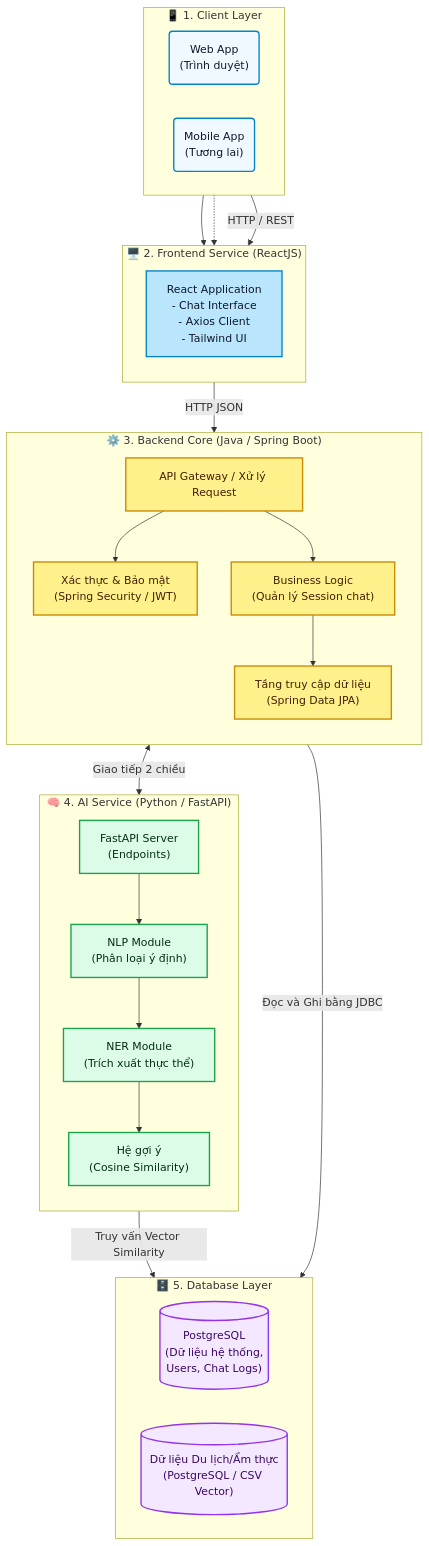
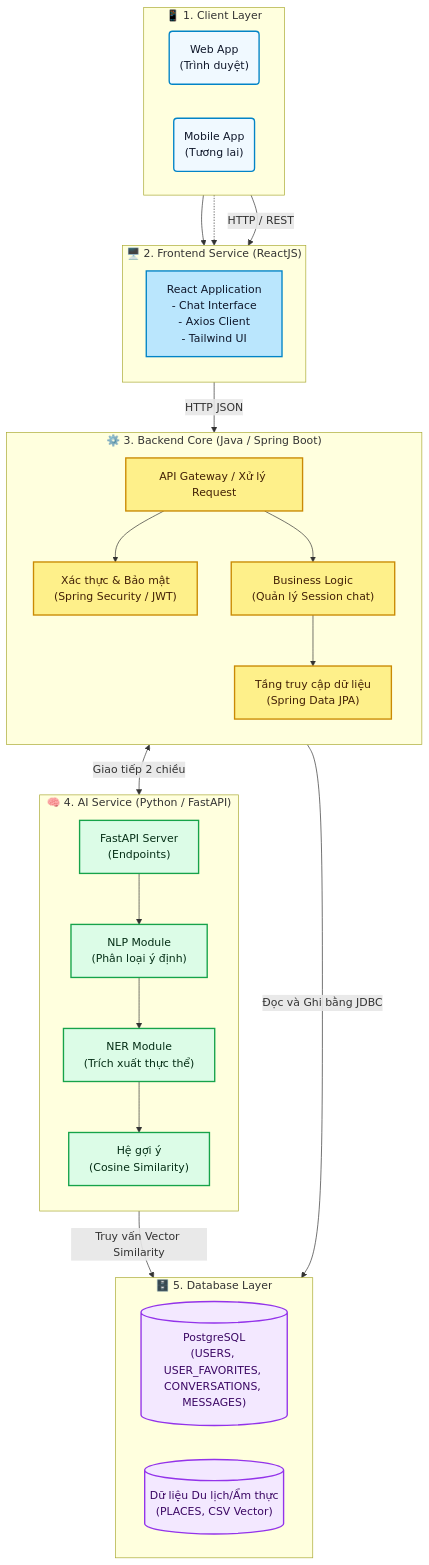
Before and after one commit to TienDat11102k5/Chatbot_AmThuc_Dulich: the diagram in docs/1_System_Architecture.md, drawn with Mermaid. The commit also changed 4 other files, not shown here.

````diff
--- a/docs/1_System_Architecture.md
+++ b/docs/1_System_Architecture.md
@@ -5,67 +5,67 @@
 ```mermaid
 flowchart TB
     %% Styling
     classDef client fill:#f0f9ff,stroke:#0284c7,stroke-width:2px,color:#0f172a
     classDef frontend fill:#bae6fd,stroke:#0284c7,stroke-width:2px,color:#0f172a
     classDef backend fill:#fef08a,stroke:#ca8a04,stroke-width:2px,color:#422006
     classDef ai fill:#dcfce7,stroke:#16a34a,stroke-width:2px,color:#052e16
     classDef db fill:#f3e8ff,stroke:#9333ea,stroke-width:2px,color:#3b0764
 
     %% Clients Layer
     subgraph Clients["📱 1. Client Layer"]
         direction LR
         UI_Web("Web App\n(Trình duyệt)"):::client
         UI_Mobile("Mobile App\n(Tương lai)"):::client
     end
 
     %% Frontend Layer
     subgraph Frontend["🖥️ 2. Frontend Service (ReactJS)"]
         direction TB
         ReactApp["React Application\n- Chat Interface\n- Axios Client\n- Tailwind UI"]:::frontend
     end
 
     %% Backend Layer
     subgraph Backend["⚙️ 3. Backend Core (Java / Spring Boot)"]
         direction TB
         APIGateway["API Gateway / Xử lý Request"]:::backend
         AuthLogic["Xác thực & Bảo mật\n(Spring Security / JWT)"]:::backend
         ChatLogic["Business Logic\n(Quản lý Session chat)"]:::backend
         DataLayer["Tầng truy cập dữ liệu\n(Spring Data JPA)"]:::backend
 
         APIGateway --> AuthLogic
         APIGateway --> ChatLogic
         ChatLogic --> DataLayer
     end
 
     %% AI Service Layer
     subgraph AIService["🧠 4. AI Service (Python / FastAPI)"]
         direction TB
         FastAPIServer["FastAPI Server\n(Endpoints)"]:::ai
         NLP["NLP Module\n(Phân loại ý định)"]:::ai
         NER["NER Module\n(Trích xuất thực thể)"]:::ai
         Recommender["Hệ gợi ý\n(Cosine Similarity)"]:::ai
         
         FastAPIServer --> NLP
         NLP --> NER
         NER --> Recommender
     end
 
     %% Database Layer
     subgraph Database["🗄️ 5. Database Layer"]
         direction LR
-        PostgresDB[("PostgreSQL\n(Dữ liệu hệ thống,\n Users, Chat Logs)")]:::db
-        PlacesDB[("Dữ liệu Du lịch/Ẩm thực\n(PostgreSQL / CSV Vector)")]:::db
+        PostgresDB[("PostgreSQL\n(USERS, USER_FAVORITES, \nCONVERSATIONS, MESSAGES)")]:::db
+        PlacesDB[("Dữ liệu Du lịch/Ẩm thực\n(PLACES, CSV Vector)")]:::db
     end
 
     %% Connections
     Clients -->|HTTP / REST| Frontend
     UI_Web --> ReactApp
     UI_Mobile -.-> ReactApp
     
     ReactApp -->|HTTP JSON| APIGateway
     
     ChatLogic <-->|Giao tiếp 2 chiều| FastAPIServer
     
     DataLayer -->|Đọc và Ghi bằng JDBC| PostgresDB
     Recommender -->|Truy vấn Vector Similarity| PlacesDB
 ```
````
